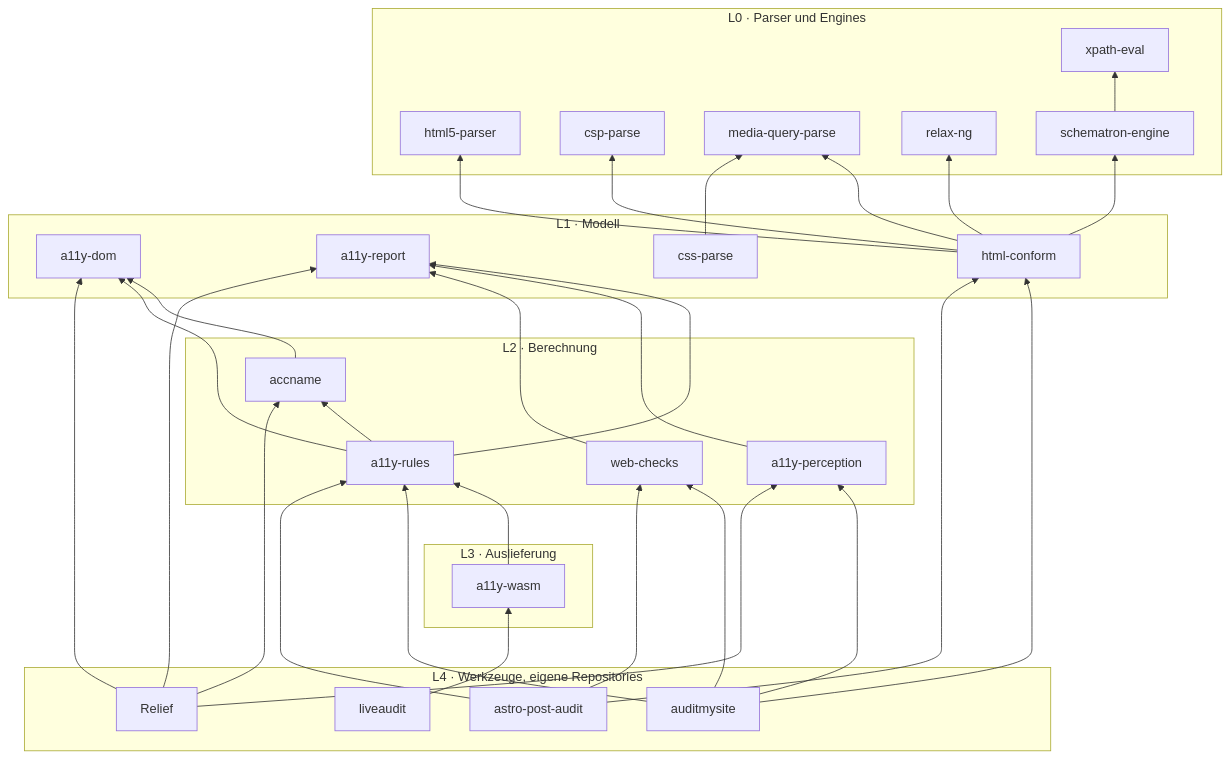
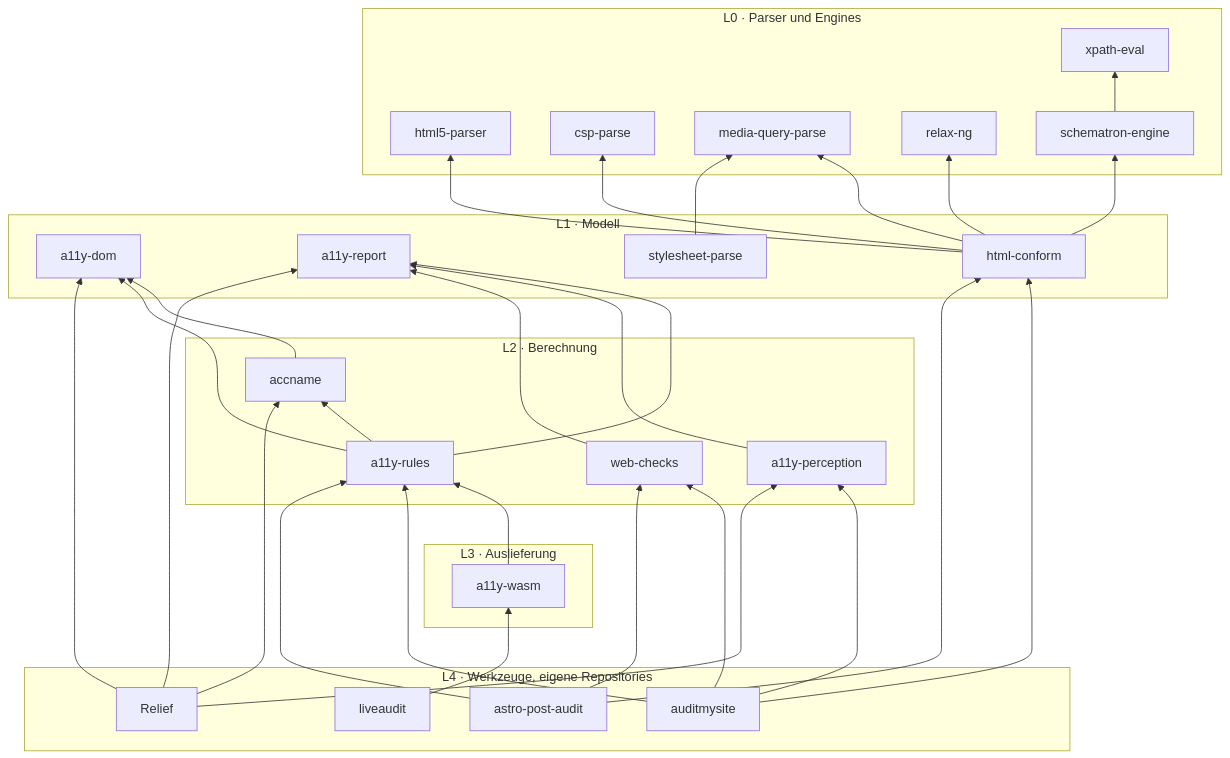
The diagram in docs/architecture.md (casoon/barrierlab), drawn with Mermaid before and after one commit. The commit also changed 21 other files, not shown here.

Commit message:
refactor: css-parse heißt stylesheet-parse (Name auf crates.io vergeben)

````diff
--- a/docs/architecture.md
+++ b/docs/architecture.md
@@ -16,45 +16,45 @@
 ```mermaid
 flowchart BT
   subgraph L0["L0 · Parser und Engines"]
     h5[html5-parser]
     csp[csp-parse]
     mq[media-query-parse]
     xp[xpath-eval]
     rng[relax-ng]
     sch[schematron-engine]
   end
   subgraph L1["L1 · Modell"]
     dom[a11y-dom]
     rep[a11y-report]
     hc[html-conform]
-    cssp[css-parse]
+    cssp[stylesheet-parse]
   end
   subgraph L2["L2 · Berechnung"]
     acc[accname]
     rules[a11y-rules]
     perc[a11y-perception]
     wc[web-checks]
   end
   subgraph L3["L3 · Auslieferung"]
     wasm[a11y-wasm]
   end
   subgraph L4["L4 · Werkzeuge, eigene Repositories"]
     ams[auditmysite]
     apa[astro-post-audit]
     la[liveaudit]
     rl[Relief]
   end
 
   sch --> xp
   hc --> h5 & csp & mq & rng & sch
   cssp --> mq
   acc --> dom
   rules --> dom & rep & acc
   perc --> rep
   wc --> rep
   wasm --> rules
   ams --> rules & hc & perc & wc
   apa --> rules & hc & wc
   la --> wasm
   rl --> perc & acc & dom & rep
 ```
````
